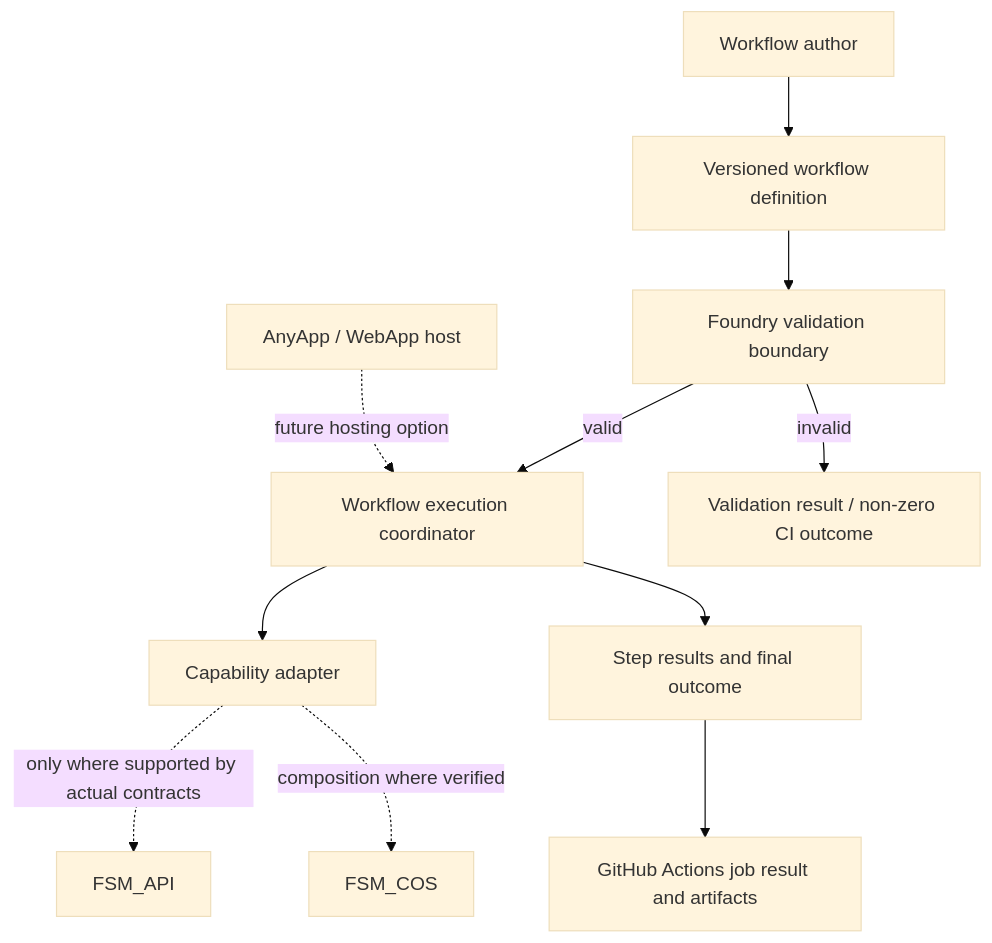
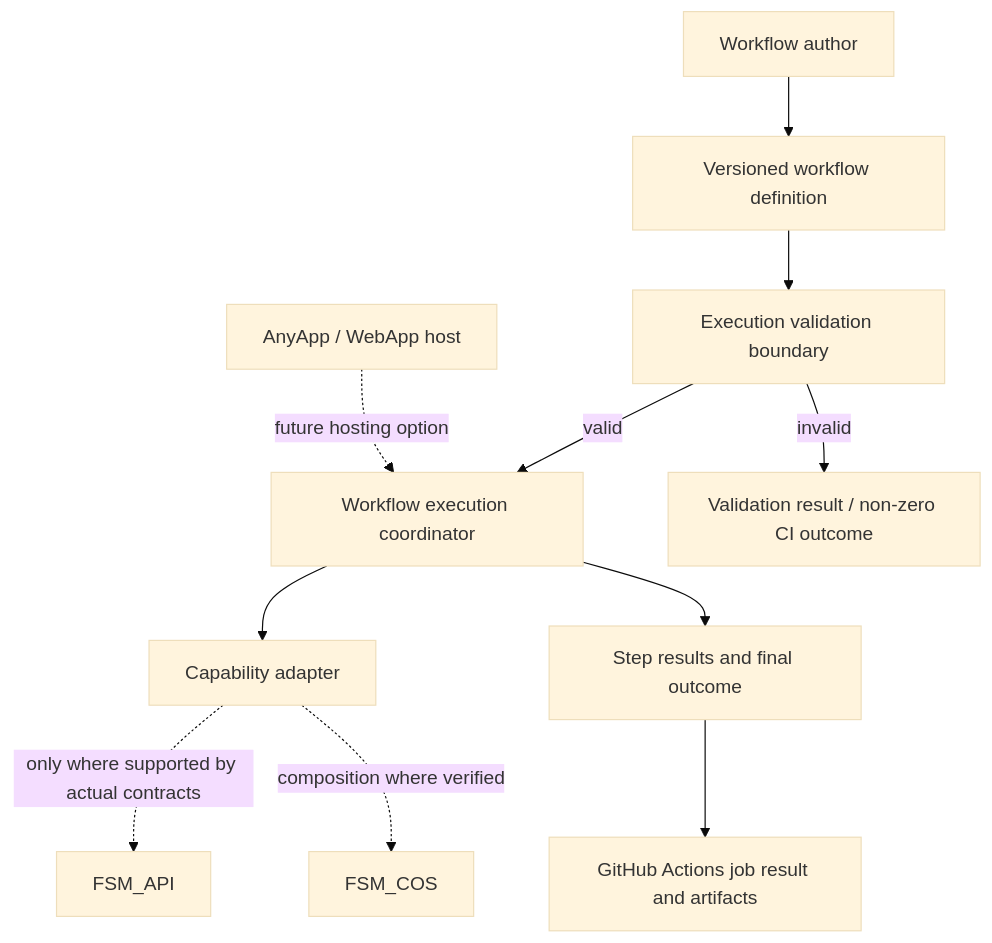
Before and after one commit to TrentBest/TheSingularityWorkshop.FSM_Execution: the first of 2 diagrams in docs/UML/ExecutionUML.md, drawn with Mermaid (base theme). The commit also changed other lines of this file and 6 other files, not shown here.

Commit message:
docs: finish Execution naming across UML and onboarding

````diff
--- a/docs/UML/ExecutionUML.md
+++ b/docs/UML/ExecutionUML.md
@@ -10,13 +10,13 @@
 ```mermaid
 flowchart TD
     Author[Workflow author] --> Definition[Versioned workflow definition]
-    Definition --> Validate[Foundry validation boundary]
+    Definition --> Validate[Execution validation boundary]
     Validate -->|valid| Execute[Workflow execution coordinator]
     Validate -->|invalid| Reject[Validation result / non-zero CI outcome]
     Execute --> Adapter[Capability adapter]
     Adapter -. only where supported by actual contracts .-> FSM[FSM_API]
     Adapter -. composition where verified .-> COS[FSM_COS]
     Execute --> Result[Step results and final outcome]
     Result --> CI[GitHub Actions job result and artifacts]
     Host[AnyApp / WebApp host] -. future hosting option .-> Execute
 ```
````
